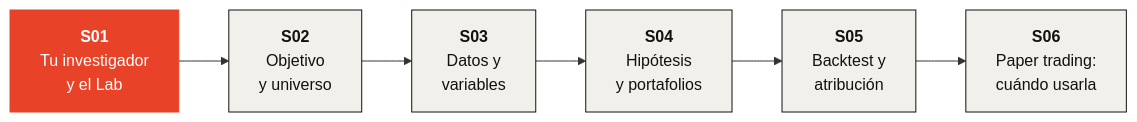
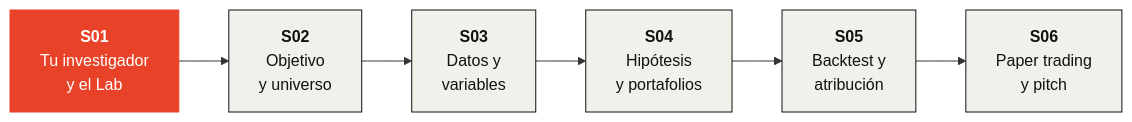
The diagram in README.md (KaxaNuk/Investment-Bootcamp), drawn with Mermaid before and after one commit.

Commit message:
Nombra la S06 en el recorrido: paper trading y pitch

````diff
--- a/README.md
+++ b/README.md
@@ -34,14 +34,14 @@
 ```mermaid
 flowchart LR
     S01["<b>S01</b><br/>Tu investigador<br/>y el Lab"] --> S02["<b>S02</b><br/>Objetivo<br/>y universo"]
     S02 --> S03["<b>S03</b><br/>Datos y<br/>variables"]
     S03 --> S04["<b>S04</b><br/>Hipótesis<br/>y portafolios"]
     S04 --> S05["<b>S05</b><br/>Backtest y<br/>atribución"]
-    S05 --> S06["<b>S06</b><br/>Paper trading:<br/>cuándo usarla"]
+    S05 --> S06["<b>S06</b><br/>Paper trading<br/>y pitch"]
     style S01 fill:#E84328,stroke:#E84328,color:#ffffff
     style S02 fill:#F2F0EB,stroke:#121110,color:#121110
     style S03 fill:#F2F0EB,stroke:#121110,color:#121110
     style S04 fill:#F2F0EB,stroke:#121110,color:#121110
     style S05 fill:#F2F0EB,stroke:#121110,color:#121110
     style S06 fill:#F2F0EB,stroke:#121110,color:#121110
 ```
````
